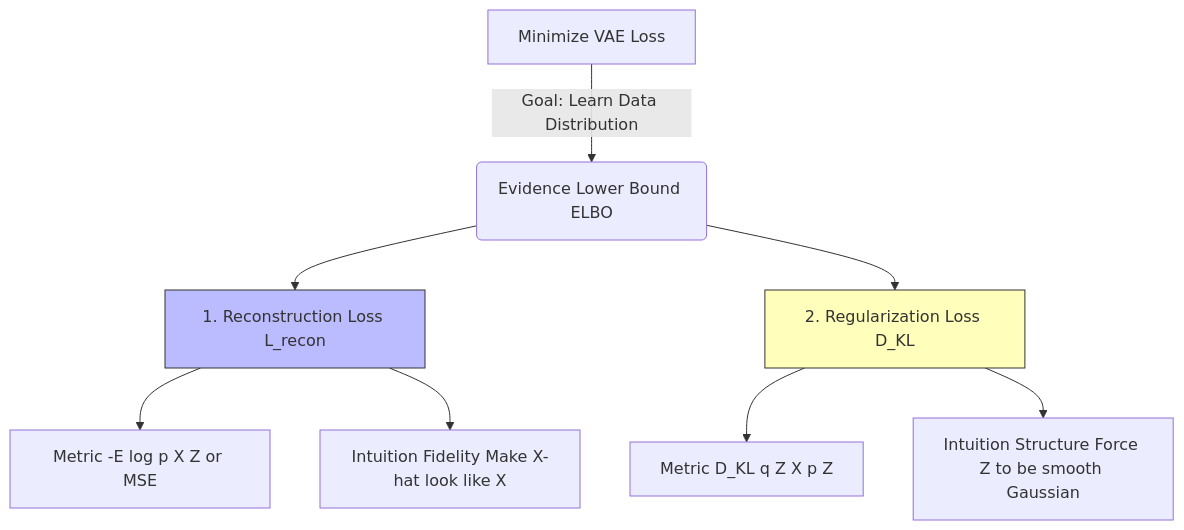
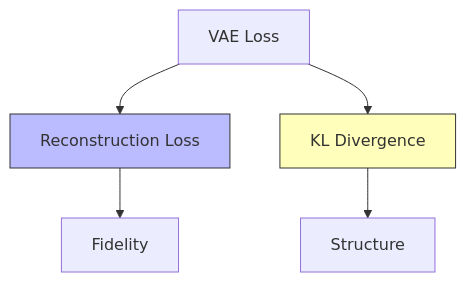
One commit to gopikrishtummala/gopikrishtummala.github.io changed the third of 4 diagrams in src/data/blog/variational-autoencoders-from-compression-to-creation.md. Above: the diagram before and after it, drawn with Mermaid. The commit also changed other lines of this file, not shown here.

Commit message:
Simplify all Mermaid diagrams for better readability

````diff
--- a/src/data/blog/variational-autoencoders-from-compression-to-creation.md
+++ b/src/data/blog/variational-autoencoders-from-compression-to-creation.md
@@ -304,15 +300,9 @@
 ```mermaid
 graph TD
-    A[Minimize VAE Loss] -->|Goal: Learn Data Distribution| B(Evidence Lower Bound ELBO)
-
-    B --> C[1. Reconstruction Loss L_recon]
-    B --> D[2. Regularization Loss D_KL]
-
-    C --> C1[Metric -E log p X Z or MSE]
-    C --> C2[Intuition Fidelity Make X-hat look like X]
-    D --> D1[Metric D_KL q Z X p Z]
-    D --> D2[Intuition Structure Force Z to be smooth Gaussian]
-
-    style C fill:#bbf,stroke:#333
-    style D fill:#ffb,stroke:#333
+    A[VAE Loss] --> B[Reconstruction Loss]
+    A --> C[KL Divergence]
+    B --> D[Fidelity]
+    C --> E[Structure]
+    style B fill:#bbf,stroke:#333
+    style C fill:#ffb,stroke:#333
 ```
````
